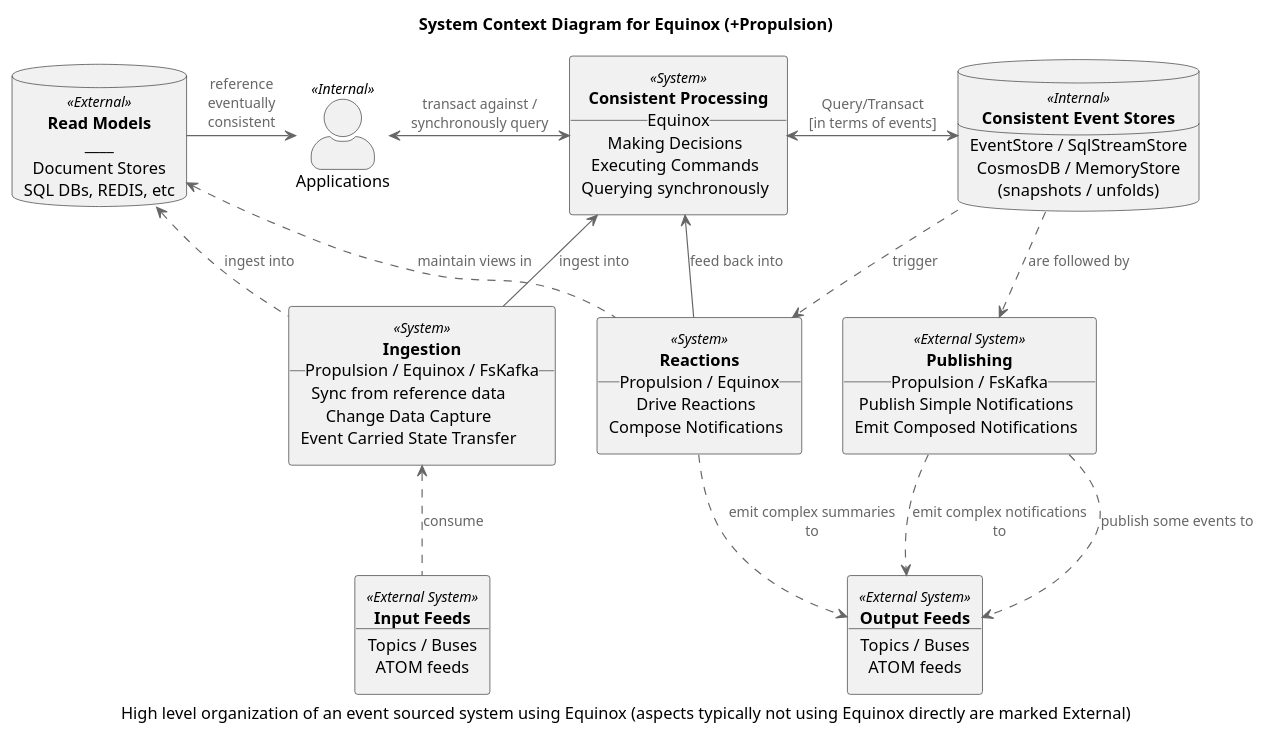
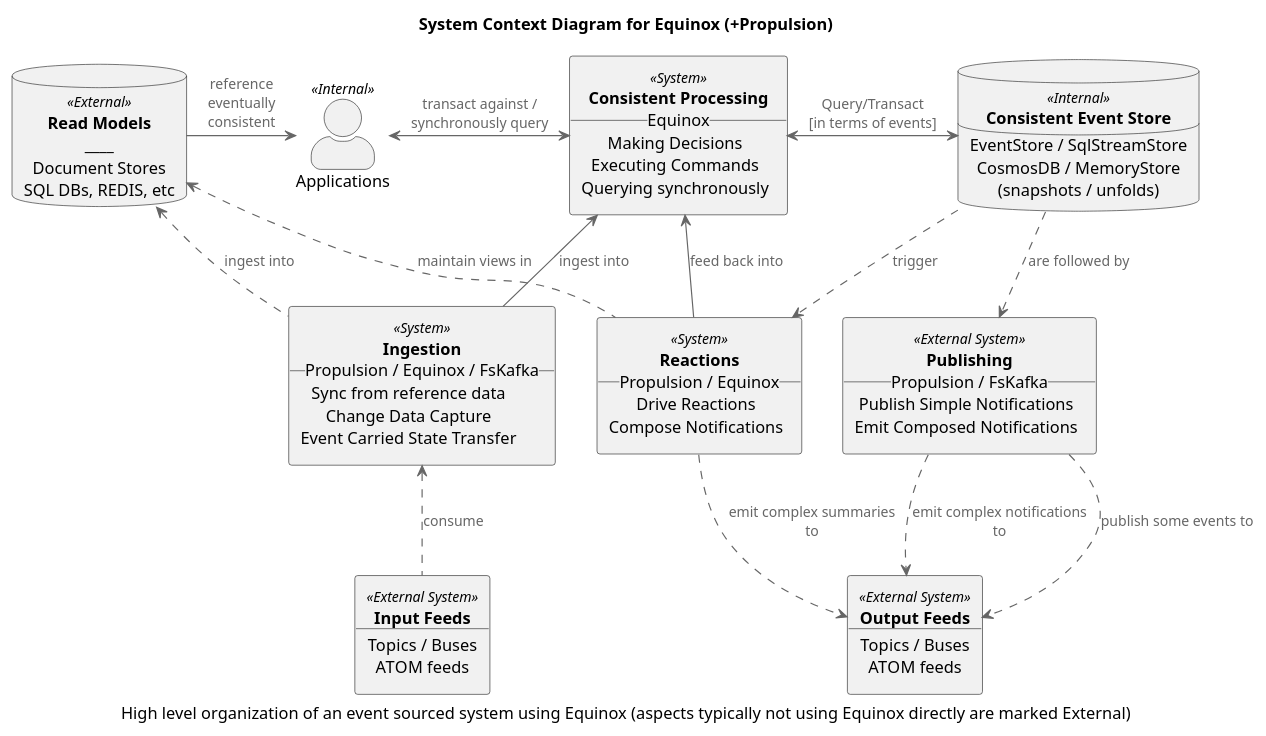
Before and after one commit to jet/equinox: the diagram in diagrams/context.puml, drawn with PlantUML. The commit also changed 1 other file, not shown here.

```diff
--- a/diagrams/context.puml
+++ b/diagrams/context.puml
@@ -1,86 +1,86 @@
 @startuml
 !includeurl https://raw.githubusercontent.com/skleanthous/C4-PlantumlSkin/master/build/output/c4.puml
 
 title System Context Diagram for Equinox (+Propulsion)
 caption High level organization of an event sourced system using Equinox (aspects typically not using Equinox directly are marked External)
 
 together {
     actor "Applications" <<Internal>> as apps
     rectangle services <<System>> [
         **Consistent Processing**
         __Equinox__
         Making Decisions
         Executing Commands
         Querying synchronously
     ]
     database stores <<Internal>> [
-        **Consistent Event Stores**
+        **Consistent Event Store**
         ____
         EventStore / SqlStreamStore
         CosmosDB / MemoryStore
         (snapshots / unfolds)
     ]
 }
 
 database caches <<External>> [
     **Read Models**
     ____  
     Document Stores 
     SQL DBs, REDIS, etc
 ]
 
 together {
     rectangle ingesters <<System>> [
         **Ingestion**
         __Propulsion / Equinox / FsKafka__
         Sync from reference data
         Change Data Capture
         Event Carried State Transfer
     ]
     rectangle reactors <<System>> [
         **Reactions**
         __Propulsion / Equinox__
         Drive Reactions
         Compose Notifications
     ]
     rectangle projectors <<External System>> [
         **Publishing**
         __Propulsion / FsKafka__
         Publish Simple Notifications
         Emit Composed Notifications
     ]
 }
 
 rectangle sources <<External System>> [
     **Input Feeds**
     ____
     Topics / Buses
     ATOM feeds 
 ]
 rectangle sinks <<External System>> [
     **Output Feeds**
     ____
     Topics / Buses
     ATOM feeds
 ]
 
 apps       <--   caches     : reference\neventually\nconsistent
 apps       <-R-> services   : transact against /\nsynchronously query
 
 services   <-R-> stores     : Query/Transact\n[in terms of events]
 
 stores     ..>   projectors : are followed by
 stores     ..>   reactors   : trigger
 
 projectors ..>   sinks      : emit complex notifications to
 projectors ..>   sinks      : publish some events to
 
 reactors   -->   services   : feed back into
 reactors   ..>   sinks      : emit complex summaries to
 reactors   .U.>   caches    : maintain views in
 
 ingesters  <..   sources    : consume
 ingesters  -->   services   : ingest into
 ingesters  .U.>   caches    : ingest into
 
 @enduml
```
